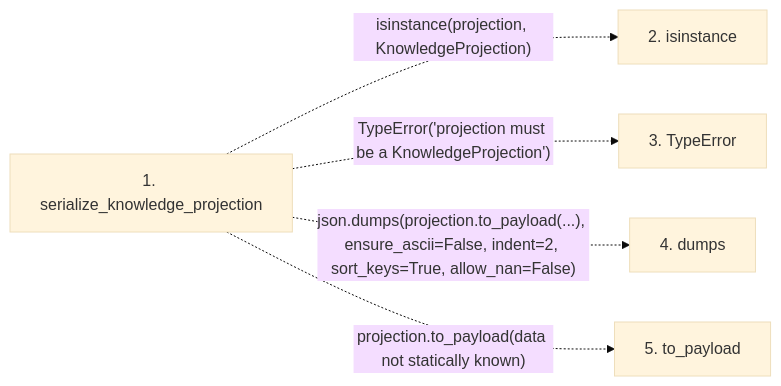
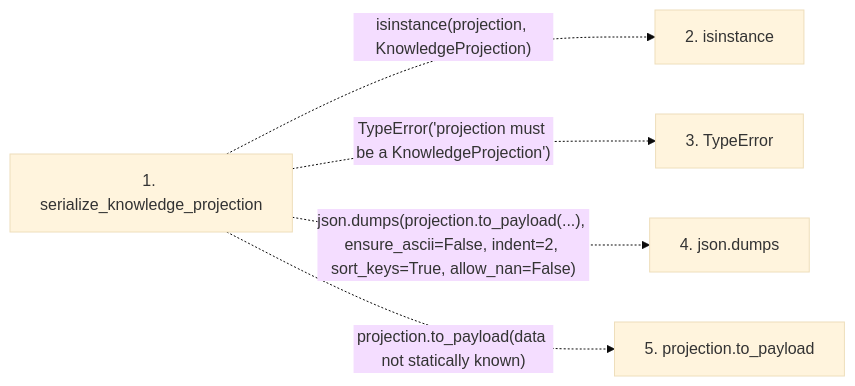
Before and after one commit to Denissvgn/python-wiki-llm: the second of 2 diagrams in docs/llm_wiki/flows/api-serialize_knowledge_projection.md, drawn with Mermaid (base theme). The commit also changed other lines of this file and 719 other files, not shown here.

````diff
--- a/docs/llm_wiki/flows/api-serialize_knowledge_projection.md
+++ b/docs/llm_wiki/flows/api-serialize_knowledge_projection.md
@@ -26,13 +26,13 @@
 ```mermaid
 flowchart LR
     s1["1. serialize_knowledge_projection"]
     s2["2. isinstance"]
     s3["3. TypeError"]
-    s4["4. dumps"]
-    s5["5. to_payload"]
+    s4["4. json.dumps"]
+    s5["5. projection.to_payload"]
     s1 -. "isinstance(projection, KnowledgeProjection)" .-> s2
     s1 -. "TypeError('projection must be a KnowledgeProjection')" .-> s3
     s1 -. "json.dumps(projection.to_payload(...), ensure_ascii=False, indent=2, sort_keys=True, allow_nan=False)" .-> s4
     s1 -. "projection.to_payload(data not statically known)" .-> s5
     click s1 "../modules/knowledge_projection.md"
 ```
````
